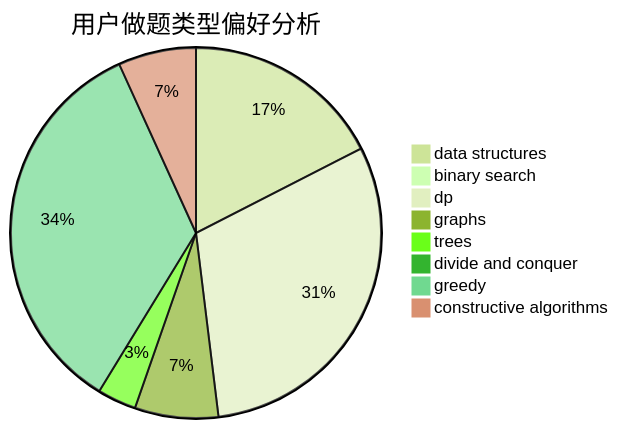
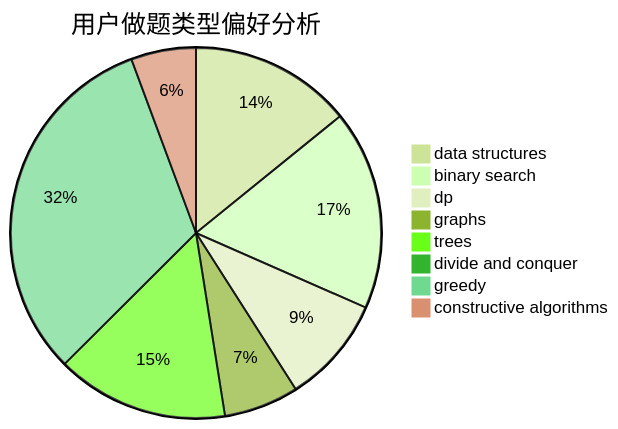
Before and after one commit to sherpahu/cfrs.github.io: the second of 3 diagrams in docs/user/u1704.md, drawn with Mermaid (forest theme). The commit also changed other lines of this file and 2770 other files, not shown here.

````diff
--- a/docs/user/u1704.md
+++ b/docs/user/u1704.md
@@ -23,11 +23,11 @@
 ```mermaid
 pie title 用户做题类型偏好分析
-    "data structures" :  36
-    "binary search" :  0
-    "dp" :  63
-    "graphs" :  15
-    "trees" :  7
+    "data structures" :  65
+    "binary search" :  80
+    "dp" :  43
+    "graphs" :  30
+    "trees" :  69
     "divide and conquer" :  0
-    "greedy" :  71
-    "constructive algorithms" :  14
+    "greedy" :  146
+    "constructive algorithms" :  26
 ```
````
